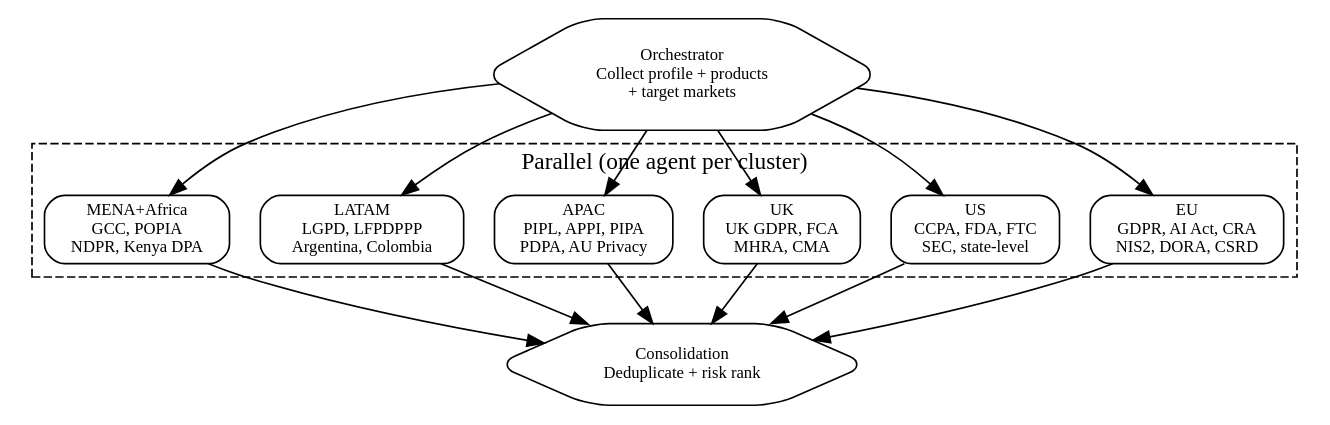
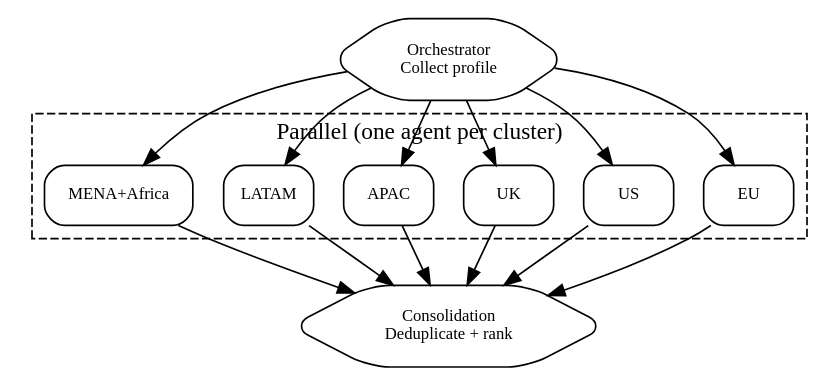
Before and after one commit to Cleo-Labs-IA/skills_library: the diagram in skills/multi-jurisdiction-scan/SKILL.md, drawn with Graphviz. The commit also changed other lines of this file and 14 other files, not shown here.

````diff
--- a/skills/multi-jurisdiction-scan/SKILL.md
+++ b/skills/multi-jurisdiction-scan/SKILL.md
@@ -12,18 +12,14 @@
 ```dot
 digraph {
   rankdir=TB; node [shape=box style=rounded fontsize=10];
-  orch [label="Orchestrator\nCollect profile + products\n+ target markets" shape=hexagon];
+  orch [label="Orchestrator\nCollect profile" shape=hexagon];
   subgraph cluster_p {
     label="Parallel (one agent per cluster)"; style=dashed;
-    eu [label="EU\nGDPR, AI Act, CRA\nNIS2, DORA, CSRD"];
-    us [label="US\nCCPA, FDA, FTC\nSEC, state-level"];
-    uk [label="UK\nUK GDPR, FCA\nMHRA, CMA"];
-    apac [label="APAC\nPIPL, APPI, PIPA\nPDPA, AU Privacy"];
-    latam [label="LATAM\nLGPD, LFPDPPP\nArgentina, Colombia"];
-    mena [label="MENA+Africa\nGCC, POPIA\nNDPR, Kenya DPA"];
+    eu [label="EU"]; us [label="US"]; uk [label="UK"];
+    apac [label="APAC"]; latam [label="LATAM"]; mena [label="MENA+Africa"];
   }
-  consol [label="Consolidation\nDeduplicate + risk rank" shape=hexagon];
+  consol [label="Consolidation\nDeduplicate + rank" shape=hexagon];
   orch -> eu; orch -> us; orch -> uk; orch -> apac; orch -> latam; orch -> mena;
   eu -> consol; us -> consol; uk -> consol; apac -> consol; latam -> consol; mena -> consol;
 }
 ```
````
